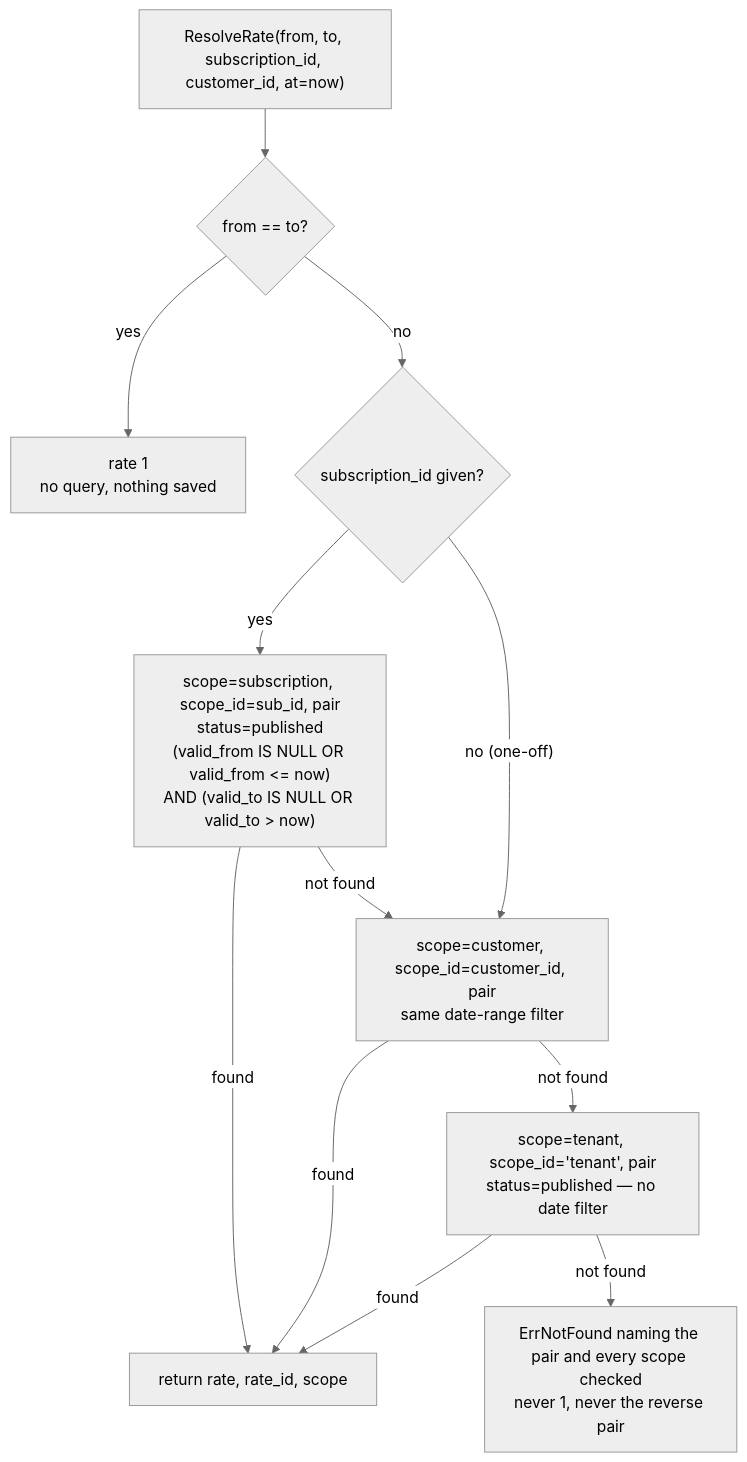
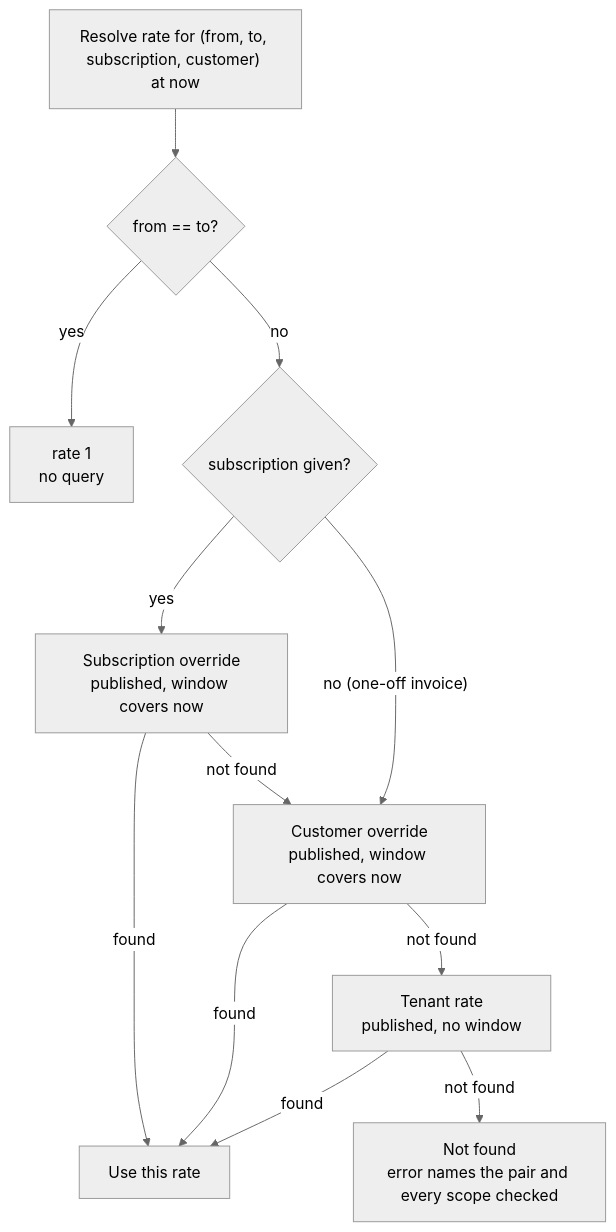
The third of 7 diagrams in docs/design/2026-09-26-FLE-1383-adaptive-multi-currency-erd.md (aghijap/flexprice-FLE-1411), drawn with Mermaid (neutral theme) before and after one commit. The commit also changed other lines of this file, not shown here.

First line of the commit message:
docs(FLE-1383): restructure the ERD for review

````diff
--- a/docs/design/2026-09-26-FLE-1383-adaptive-multi-currency-erd.md
+++ b/docs/design/2026-09-26-FLE-1383-adaptive-multi-currency-erd.md
@@ -314,14 +298,14 @@
 ```mermaid
 flowchart TD
-    A["ResolveRate(from, to, subscription_id, customer_id, at=now)"] --> I{"from == to?"}
-    I -- yes --> ID["rate 1<br/>no query, nothing saved"]
-    I -- no --> S{"subscription_id given?"}
-    S -- yes --> SQ["scope=subscription, scope_id=sub_id, pair<br/>status=published<br/>(valid_from IS NULL OR valid_from <= now)<br/>AND (valid_to IS NULL OR valid_to > now)"]
-    S -- "no (one-off)" --> CQ
-    SQ -- found --> WIN["return rate, rate_id, scope"]
-    SQ -- "not found" --> CQ["scope=customer, scope_id=customer_id, pair<br/>same date-range filter"]
+    A["Resolve rate for (from, to, subscription, customer) at now"] --> I{"from == to?"}
+    I -- yes --> ID["rate 1<br/>no query"]
+    I -- no --> S{"subscription given?"}
+    S -- yes --> SQ["Subscription override<br/>published, window covers now"]
+    S -- "no (one-off invoice)" --> CQ
+    SQ -- found --> WIN["Use this rate"]
+    SQ -- "not found" --> CQ["Customer override<br/>published, window covers now"]
     CQ -- found --> WIN
-    CQ -- "not found" --> TQ["scope=tenant, scope_id='tenant', pair<br/>status=published — no date filter"]
+    CQ -- "not found" --> TQ["Tenant rate<br/>published, no window"]
     TQ -- found --> WIN
-    TQ -- "not found" --> NF["ErrNotFound naming the pair and every scope checked<br/>never 1, never the reverse pair"]
+    TQ -- "not found" --> NF["Not found<br/>error names the pair and every scope checked"]
 ```
````
